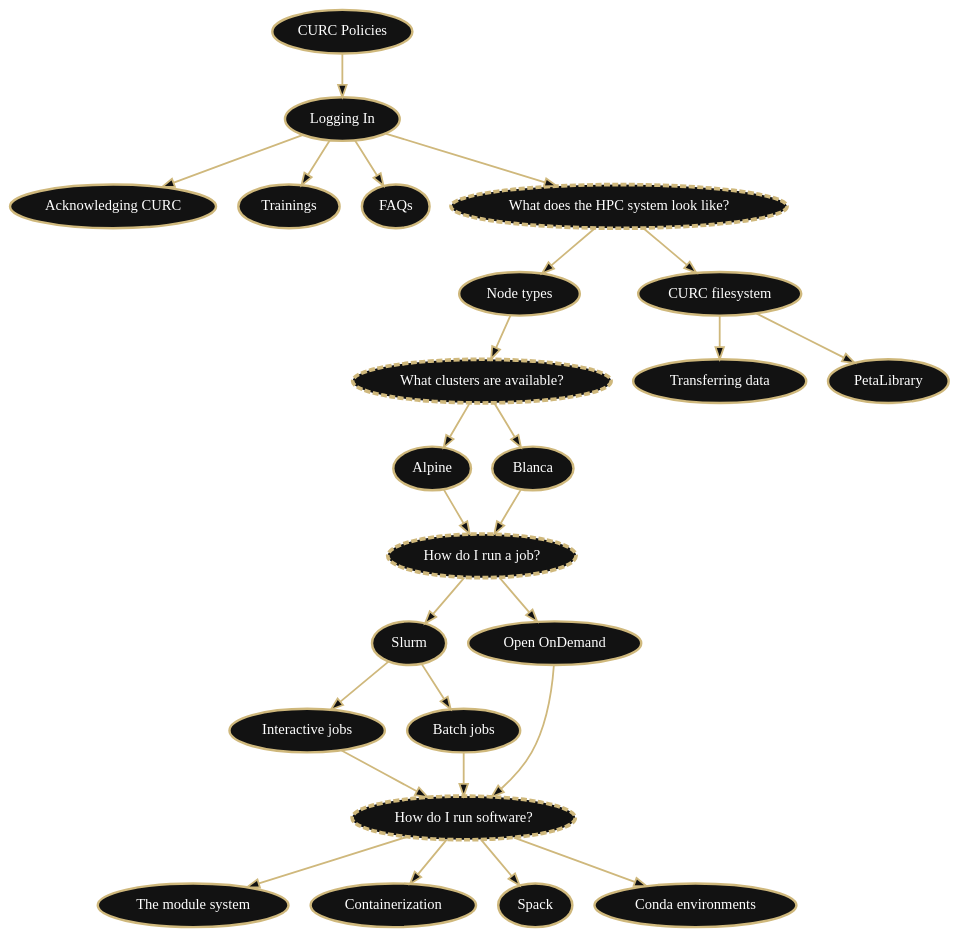
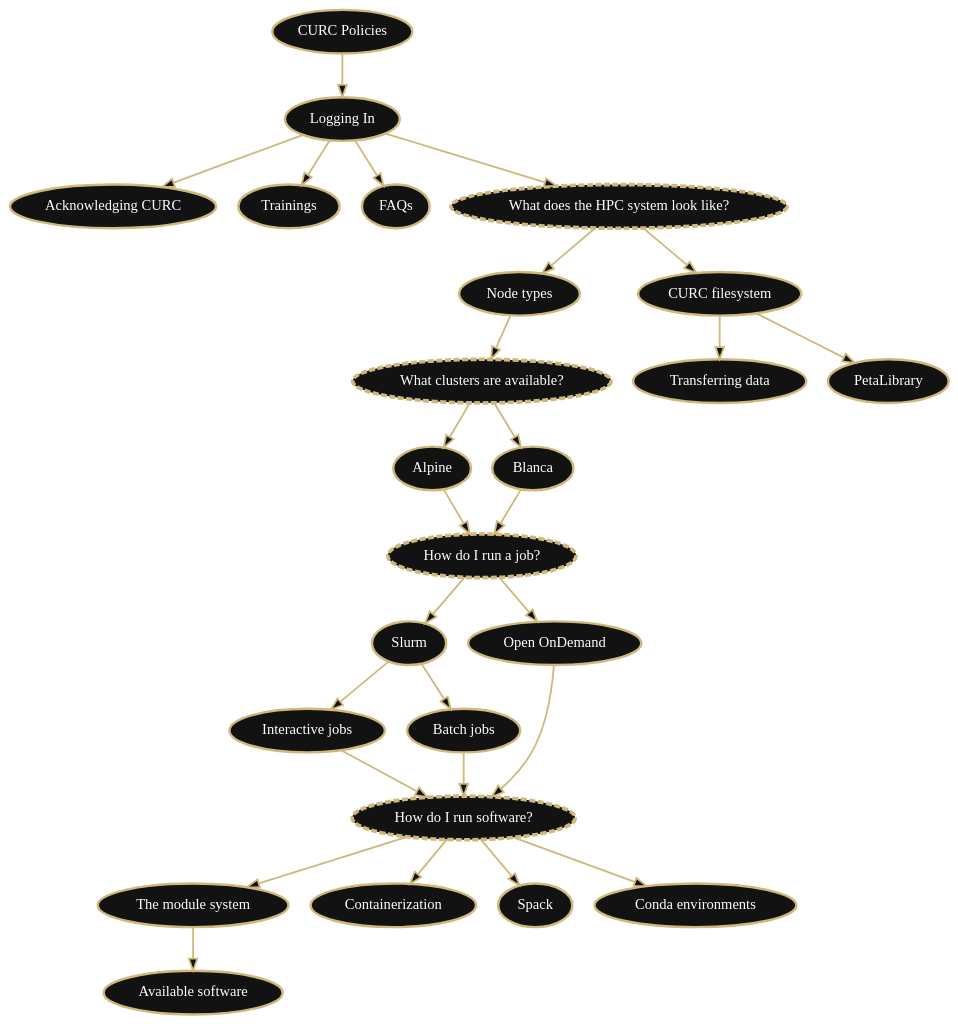
Before and after one commit to ResearchComputing/Documentation: the diagram in graphviz_flowcharts/dot_files/getting_started_hpc_flowchart.dot, drawn with Graphviz. The commit also changed 7 other files, not shown here.

```diff
--- a/graphviz_flowcharts/dot_files/getting_started_hpc_flowchart.dot
+++ b/graphviz_flowcharts/dot_files/getting_started_hpc_flowchart.dot
@@ -1,57 +1,59 @@
 digraph "" {
          bgcolor="transparent";
          ranksep="0.5 equally";
          graph [id="doc-flowchart"];
          node [fontname="Verdana", fontsize="12", color="#CFB87C", style="filled", fillcolor="#121212", penwidth="2", fontcolor="white"];
          edge [color="#CFB87C", fillcolor="#121212", penwidth="1.5"];
 
          policies [label="CURC Policies", href="../additional-resources/policies.html", target="_blank", id="clickable"];
          logging_in [label="Logging In", href="../getting_started/logging-in.html", target="_blank", id="clickable"];
          ack [label="Acknowledging CURC", href="../getting_started/acknowledge_curc_resources.html", target="_blank", id="clickable"];
          training [label="Trainings", href="../getting_started/current-sem-trainings.html", target="_blank", id="clickable"];
          faq [label="FAQs", href="../getting_started/faq.html", target="_blank", id="clickable"];
          compute_env [label="What does the HPC system look like?", style="filled,dashed", penwidth="3"];
          running_jobs [label="How do I run a job?", style="filled,dashed", penwidth="3"];
          clusters [label="What clusters are available?", style="filled,dashed", penwidth="3"];
          node_type [label="Node types", href="../compute/node-types.html", target="_blank", id="clickable"];
          filesystem [label="CURC filesystem", href="../compute/filesystems.html", target="_blank", id="clickable"];
          data_transfer [label="Transferring data", href="../compute/data-transfer.html", target="_blank", id="clickable"];
          petalibrary [label="PetaLibrary", href="../storage/petalibrary/index.html", target="_blank", id="clickable"];
          alpine [label="Alpine", href="../clusters/alpine/index.html", target="_blank", id="clickable"];
          blanca [label="Blanca", href="../clusters/blanca/blanca.html", target="_blank", id="clickable"];
          slurm [label="Slurm", href="../running-jobs/job-resources.html", target="_blank", id="clickable"];
          interactive [label="Interactive jobs", href="../running-jobs/interactive-jobs.html", target="_blank", id="clickable"];
          batch [label="Batch jobs", href="../running-jobs/batch-jobs.html", target="_blank", id="clickable"];
          ood [label="Open OnDemand", href="../open_ondemand/index.html", target="_blank", id="clickable"];
          using_software [label="How do I run software?", style="filled,dashed", penwidth="3"];
          modules [label="The module system", href="../compute/modules.html", target="_blank", id="clickable"];
          container [label="Containerization", href="../software/containerization.html", target="_blank", id="clickable"];
          spack [label="Spack", href="../software/spack.html", target="_blank", id="clickable"];
          conda [label="Conda environments", href="../software/python.html", target="_blank", id="clickable"];
+         curc_software_stack [label="Available software", href="../software/curc_provided_software.html", target="_blank", id="clickable"];
 
          policies -> logging_in; 
          logging_in -> ack; 
          logging_in -> training;
          logging_in -> faq;
          logging_in -> compute_env;
          compute_env -> node_type;
          compute_env -> filesystem;
          filesystem -> data_transfer;
          filesystem -> petalibrary;
          node_type -> clusters;
          clusters -> alpine;
          clusters -> blanca;
          alpine -> running_jobs;
          blanca -> running_jobs;
          running_jobs -> slurm;
          running_jobs -> ood; 
          slurm -> interactive;
          slurm -> batch;
          interactive -> using_software;
          batch -> using_software;
          ood -> using_software;
          using_software -> modules;
          using_software -> container;
          using_software -> spack;
          using_software -> conda;
+         modules -> curc_software_stack; 
      }
```
